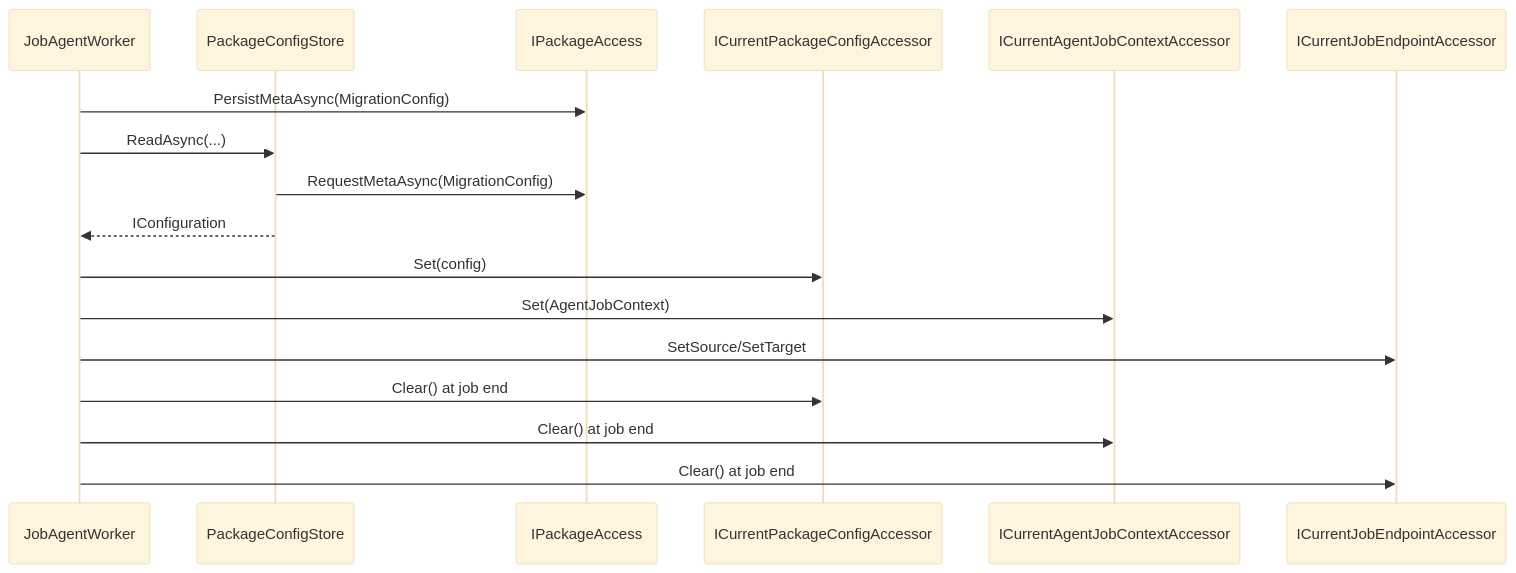
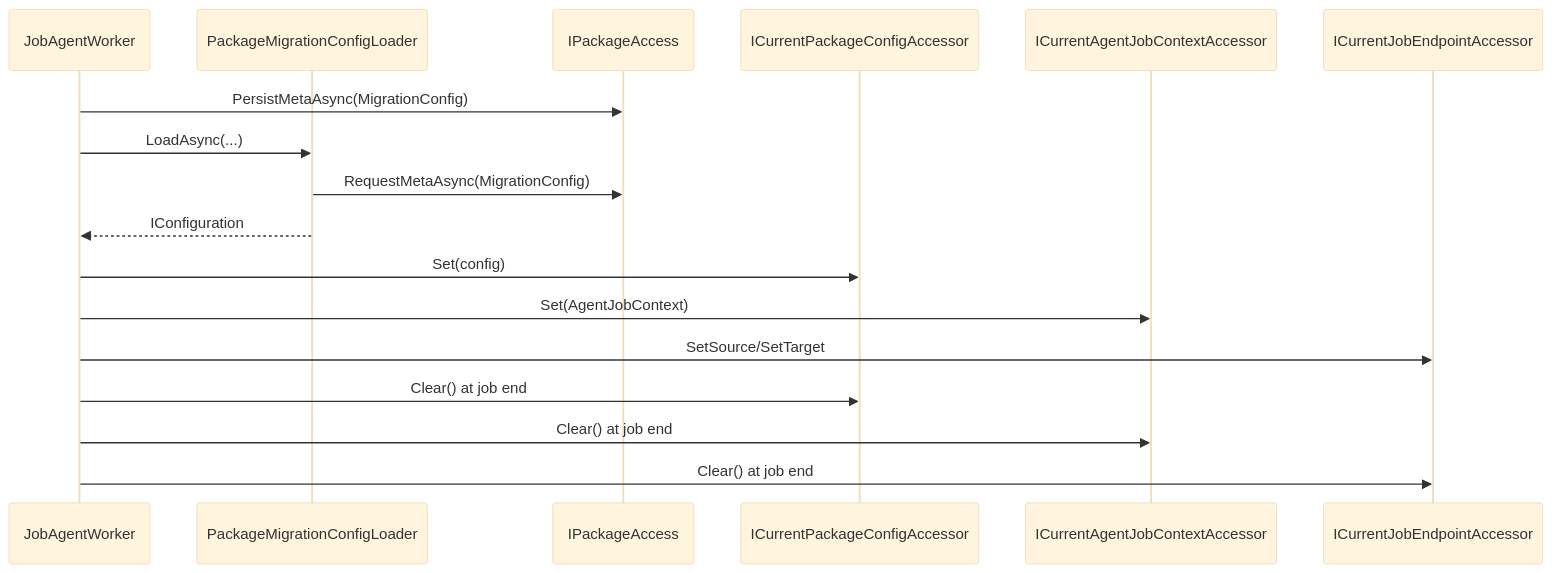
The diagram in .agents/context/architecture/agent-runtime-context.md (nkdAgility/azure-devops-migration-platform), drawn with Mermaid (base theme) before and after one commit. The commit also changed other lines of this file and 2 other files, not shown here.

Commit message:
refactor: replace PackageConfigStore with PackageMigrationConfigLoader in architecture documentation

````diff
--- a/.agents/context/architecture/agent-runtime-context.md
+++ b/.agents/context/architecture/agent-runtime-context.md
@@ -23,20 +23,20 @@
 ```mermaid
 sequenceDiagram
   participant JW as JobAgentWorker
-  participant PCS as PackageConfigStore
+  participant PCM as PackageMigrationConfigLoader
   participant PA as IPackageAccess
   participant PCA as ICurrentPackageConfigAccessor
   participant JCA as ICurrentAgentJobContextAccessor
   participant ECA as ICurrentJobEndpointAccessor
 
   JW->>PA: PersistMetaAsync(MigrationConfig)
-  JW->>PCS: ReadAsync(...)
-  PCS->>PA: RequestMetaAsync(MigrationConfig)
-  PCS-->>JW: IConfiguration
+  JW->>PCM: LoadAsync(...)
+  PCM->>PA: RequestMetaAsync(MigrationConfig)
+  PCM-->>JW: IConfiguration
   JW->>PCA: Set(config)
   JW->>JCA: Set(AgentJobContext)
   JW->>ECA: SetSource/SetTarget
   JW->>PCA: Clear() at job end
   JW->>JCA: Clear() at job end
   JW->>ECA: Clear() at job end
 ```
````
